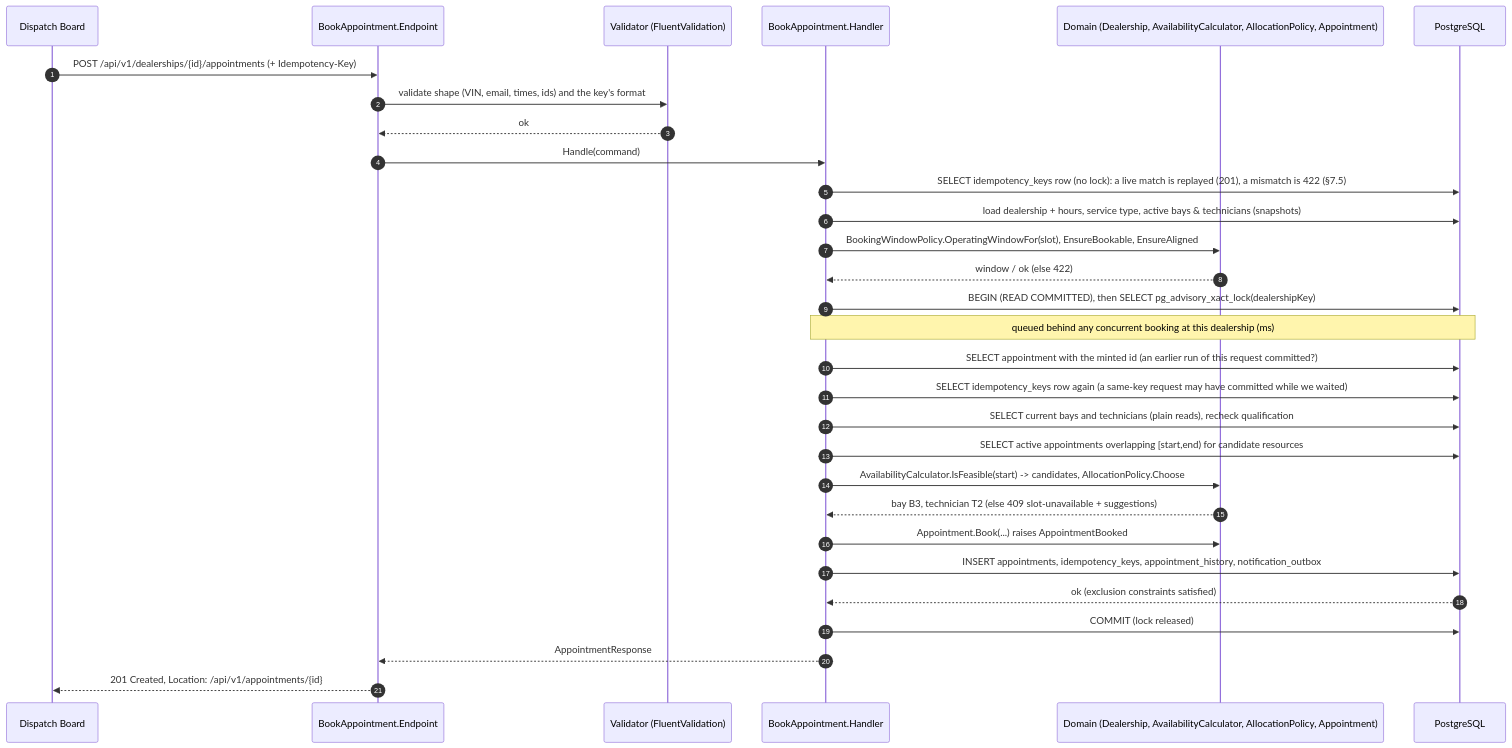
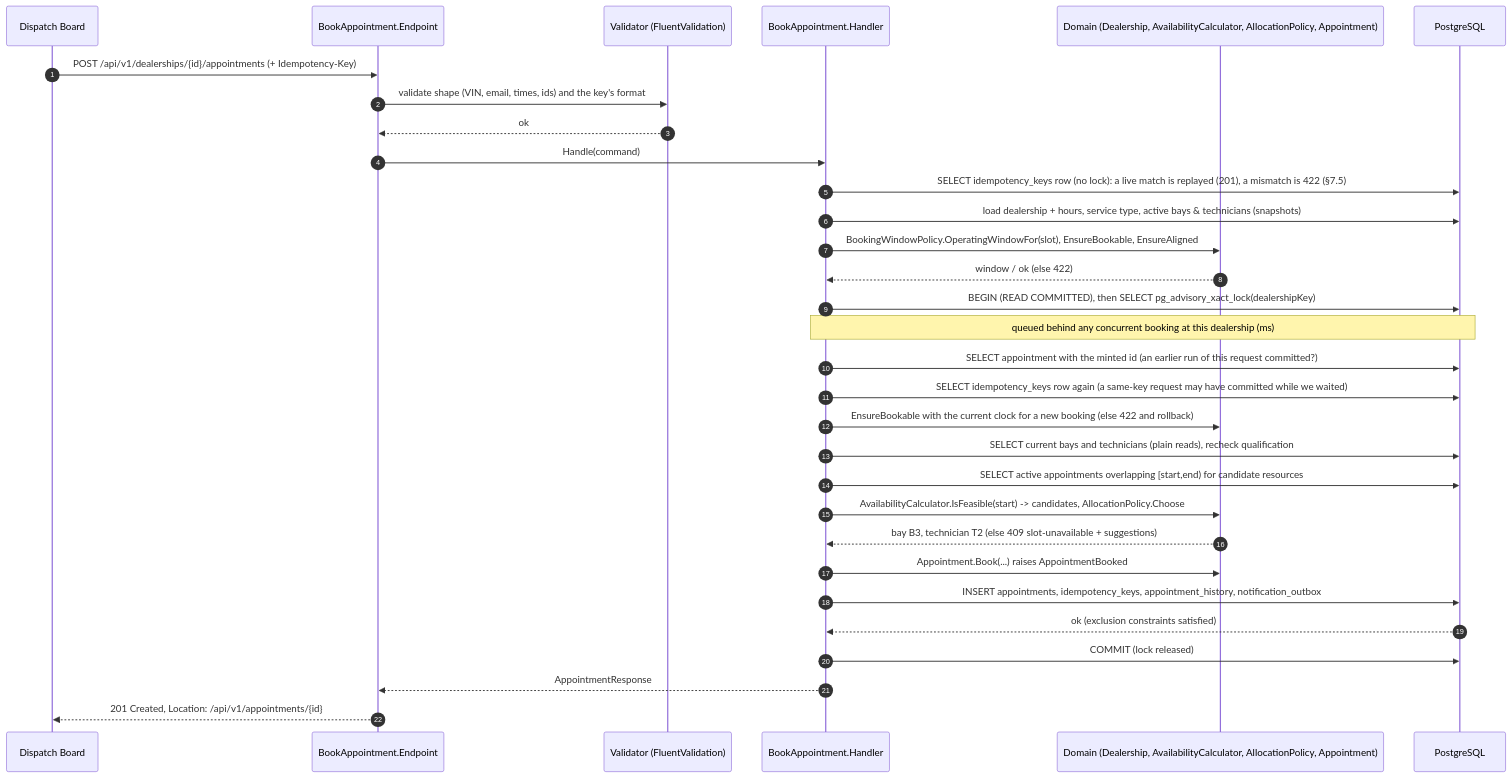
The sixth of 14 diagrams in docs/ARCHITECTURE.md (kylesmile1103/keyloop-service-scheduler), drawn with Mermaid before and after one commit. The commit also changed other lines of this file and 2 other files, not shown here.

First line of the commit message:
fix(booking): recheck the booking window after lock waits

````diff
--- a/docs/ARCHITECTURE.md
+++ b/docs/ARCHITECTURE.md
@@ -724,33 +727,34 @@
 ```mermaid
 sequenceDiagram
     autonumber
     participant UI as Dispatch Board
     participant EP as BookAppointment.Endpoint
     participant V as Validator (FluentValidation)
     participant H as BookAppointment.Handler
     participant D as Domain (Dealership, AvailabilityCalculator, AllocationPolicy, Appointment)
     participant DB as PostgreSQL
 
     UI->>EP: POST /api/v1/dealerships/{id}/appointments (+ Idempotency-Key)
     EP->>V: validate shape (VIN, email, times, ids) and the key's format
     V-->>EP: ok
     EP->>H: Handle(command)
     H->>DB: SELECT idempotency_keys row (no lock): a live match is replayed (201), a mismatch is 422 (§7.5)
     H->>DB: load dealership + hours, service type, active bays & technicians (snapshots)
     H->>D: BookingWindowPolicy.OperatingWindowFor(slot), EnsureBookable, EnsureAligned
     D-->>H: window / ok (else 422)
     H->>DB: BEGIN (READ COMMITTED), then SELECT pg_advisory_xact_lock(dealershipKey)
     Note over H,DB: queued behind any concurrent booking at this dealership (ms)
     H->>DB: SELECT appointment with the minted id (an earlier run of this request committed?)
     H->>DB: SELECT idempotency_keys row again (a same-key request may have committed while we waited)
+    H->>D: EnsureBookable with the current clock for a new booking (else 422 and rollback)
     H->>DB: SELECT current bays and technicians (plain reads), recheck qualification
     H->>DB: SELECT active appointments overlapping [start,end) for candidate resources
     H->>D: AvailabilityCalculator.IsFeasible(start) -> candidates, AllocationPolicy.Choose
     D-->>H: bay B3, technician T2 (else 409 slot-unavailable + suggestions)
     H->>D: Appointment.Book(...) raises AppointmentBooked
     H->>DB: INSERT appointments, idempotency_keys, appointment_history, notification_outbox
     DB-->>H: ok (exclusion constraints satisfied)
     H->>DB: COMMIT (lock released)
     H-->>EP: AppointmentResponse
     EP-->>UI: 201 Created, Location: /api/v1/appointments/{id}
 ```
````
